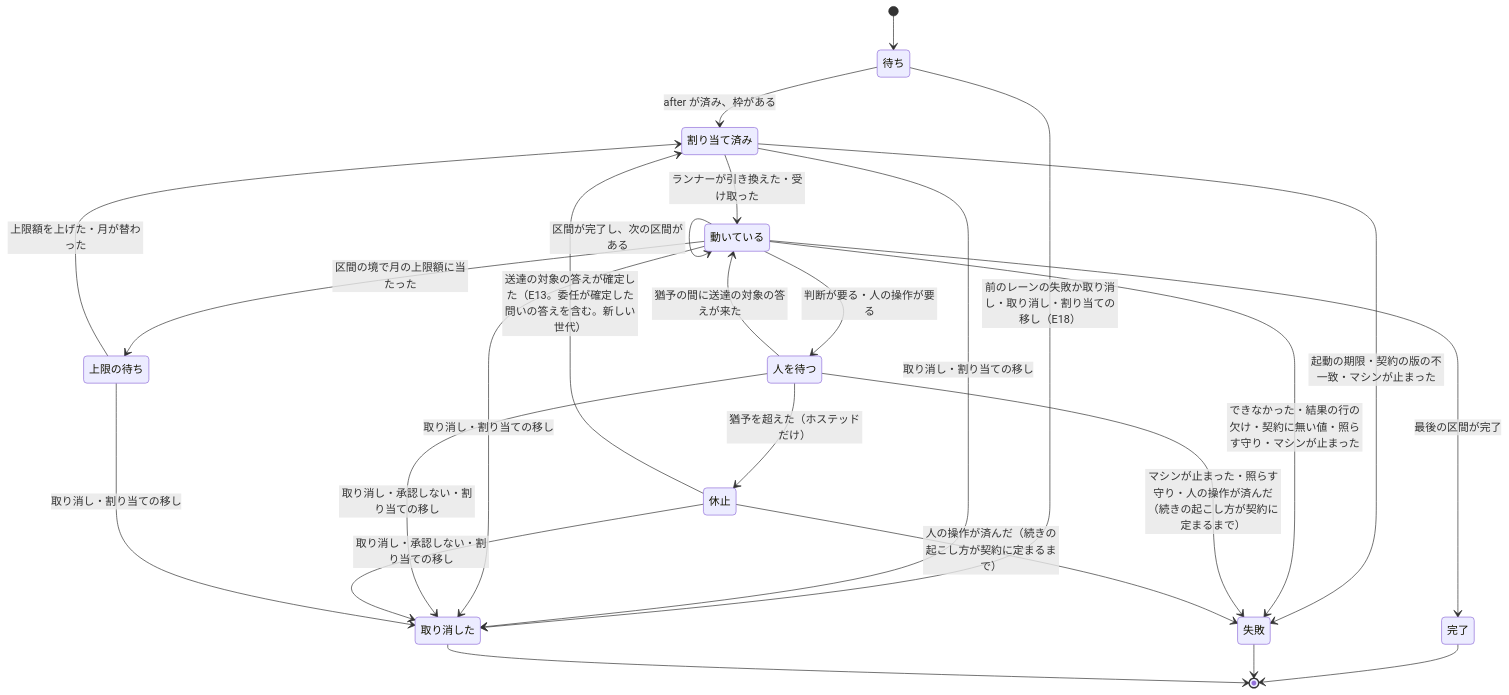
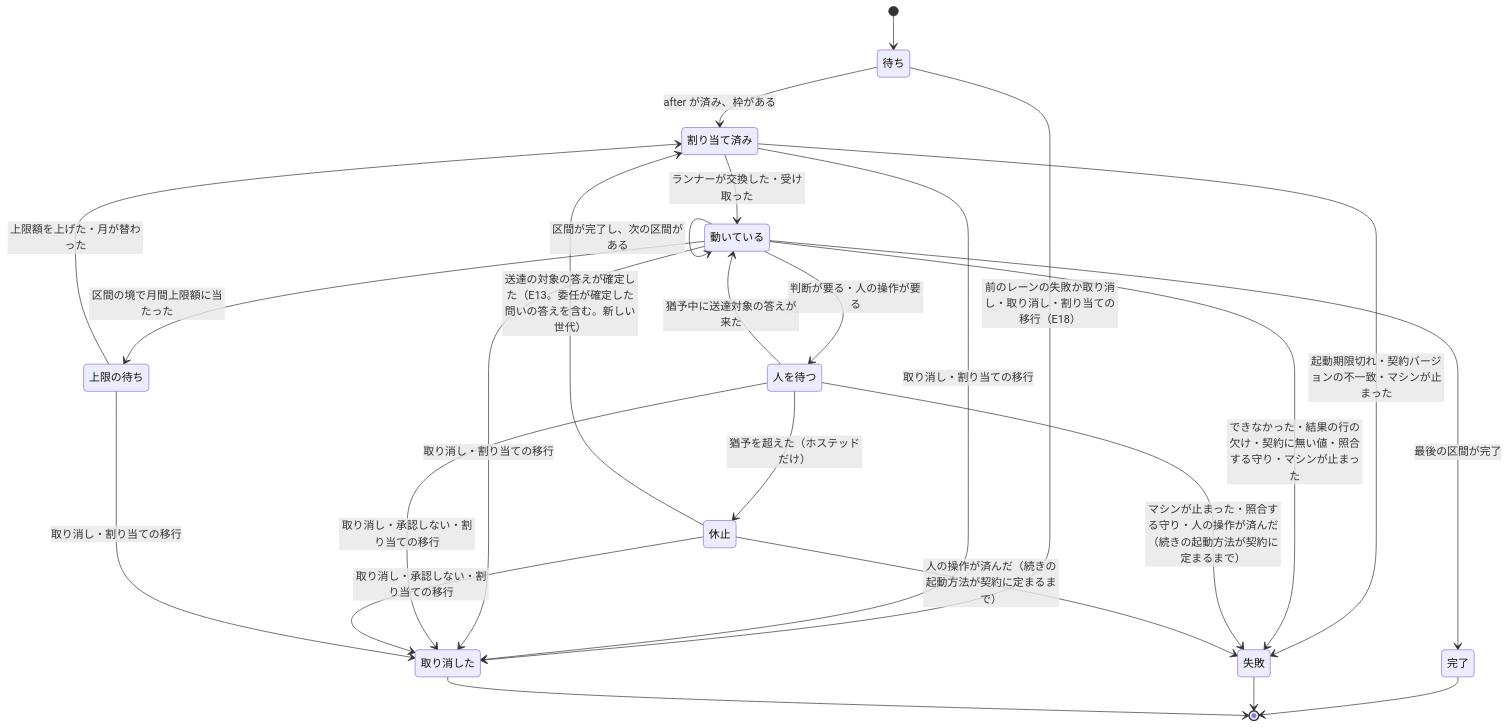
One commit to devbasex/nd-factory changed the fourth of 10 diagrams in docs/design/execution.md. Above: the diagram before and after it, drawn with Mermaid. The commit also changed other lines of this file and 114 other files, not shown here.

````diff
--- a/docs/design/execution.md
+++ b/docs/design/execution.md
@@ -119,27 +120,27 @@
 ```mermaid
 stateDiagram-v2
     [*] --> 待ち
     待ち --> 割り当て済み: after が済み、枠がある
-    待ち --> 取り消した: 前のレーンの失敗か取り消し・取り消し・割り当ての移し（E18）
-    割り当て済み --> 動いている: ランナーが引き換えた・受け取った
-    割り当て済み --> 失敗: 起動の期限・契約の版の不一致・マシンが止まった
-    割り当て済み --> 取り消した: 取り消し・割り当ての移し
+    待ち --> 取り消した: 前のレーンの失敗か取り消し・取り消し・割り当ての移行（E18）
+    割り当て済み --> 動いている: ランナーが交換した・受け取った
+    割り当て済み --> 失敗: 起動期限切れ・契約バージョンの不一致・マシンが止まった
+    割り当て済み --> 取り消した: 取り消し・割り当ての移行
     動いている --> 動いている: 区間が完了し、次の区間がある
     動いている --> 人を待つ: 判断が要る・人の操作が要る
-    人を待つ --> 動いている: 猶予の間に送達の対象の答えが来た
+    人を待つ --> 動いている: 猶予中に送達対象の答えが来た
     人を待つ --> 休止: 猶予を超えた（ホステッドだけ）
     休止 --> 割り当て済み: 送達の対象の答えが確定した（E13。委任が確定した問いの答えを含む。新しい世代）
-    動いている --> 上限の待ち: 区間の境で月の上限額に当たった
+    動いている --> 上限の待ち: 区間の境で月間上限額に当たった
     上限の待ち --> 割り当て済み: 上限額を上げた・月が替わった
     動いている --> 完了: 最後の区間が完了
-    動いている --> 失敗: できなかった・結果の行の欠け・契約に無い値・照らす守り・マシンが止まった
-    人を待つ --> 失敗: マシンが止まった・照らす守り・人の操作が済んだ（続きの起こし方が契約に定まるまで）
-    休止 --> 失敗: 人の操作が済んだ（続きの起こし方が契約に定まるまで）
-    動いている --> 取り消した: 取り消し・割り当ての移し
-    人を待つ --> 取り消した: 取り消し・承認しない・割り当ての移し
-    休止 --> 取り消した: 取り消し・承認しない・割り当ての移し
-    上限の待ち --> 取り消した: 取り消し・割り当ての移し
+    動いている --> 失敗: できなかった・結果の行の欠け・契約に無い値・照合する守り・マシンが止まった
+    人を待つ --> 失敗: マシンが止まった・照合する守り・人の操作が済んだ（続きの起動方法が契約に定まるまで）
+    休止 --> 失敗: 人の操作が済んだ（続きの起動方法が契約に定まるまで）
+    動いている --> 取り消した: 取り消し・割り当ての移行
+    人を待つ --> 取り消した: 取り消し・承認しない・割り当ての移行
+    休止 --> 取り消した: 取り消し・承認しない・割り当ての移行
+    上限の待ち --> 取り消した: 取り消し・割り当ての移行
     完了 --> [*]
     失敗 --> [*]
     取り消した --> [*]
 ```
````
